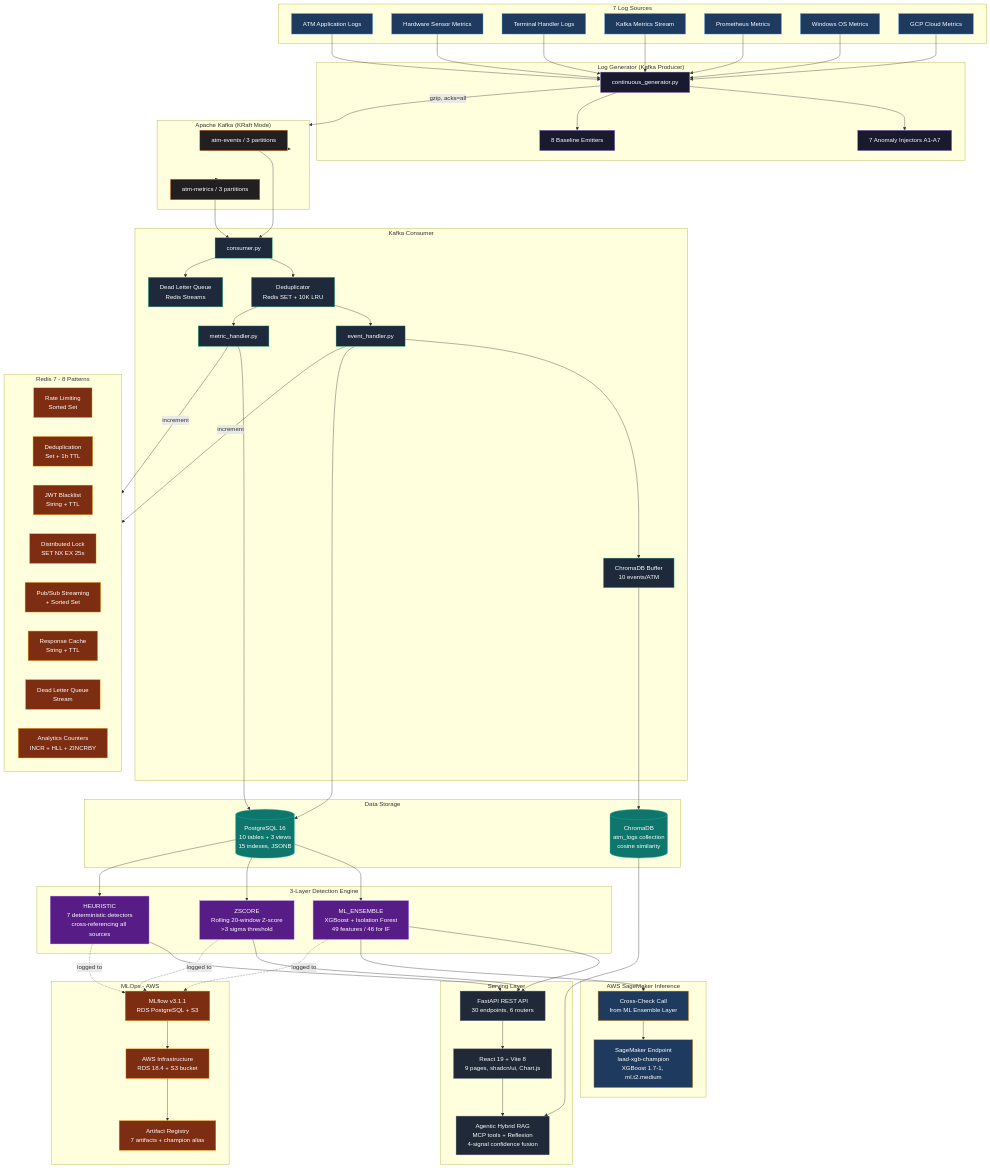
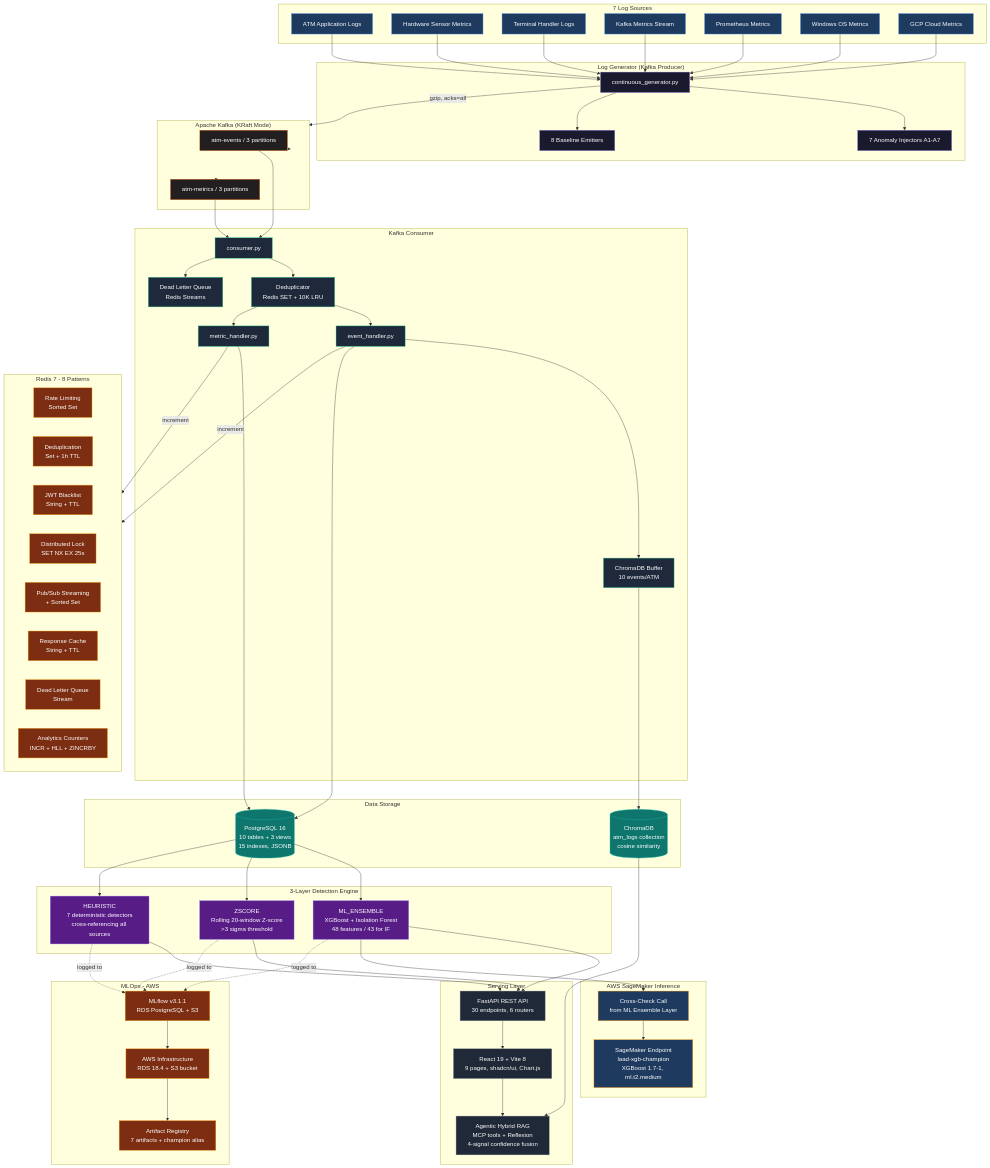
The first of 10 diagrams in docs/README-full.md (AhmedIkram05/laad), drawn with Mermaid before and after one commit. The commit also changed other lines of this file, not shown here.

```diff
--- a/docs/README-full.md
+++ b/docs/README-full.md
@@ -121,7 +121,7 @@
   end
 
   subgraph Detection ["3-Layer Detection Engine"]
-    CLS["ML_ENSEMBLE<br/>XGBoost + Isolation Forest<br/>49 features / 46 for IF"]
+    CLS["ML_ENSEMBLE<br/>XGBoost + Isolation Forest<br/>48 features / 43 for IF"]
     ZSC["ZSCORE<br/>Rolling 20-window Z-score<br/>>3 sigma threshold"]
     SCC["HEURISTIC<br/>7 deterministic detectors<br/>cross-referencing all sources"]
   end
```
